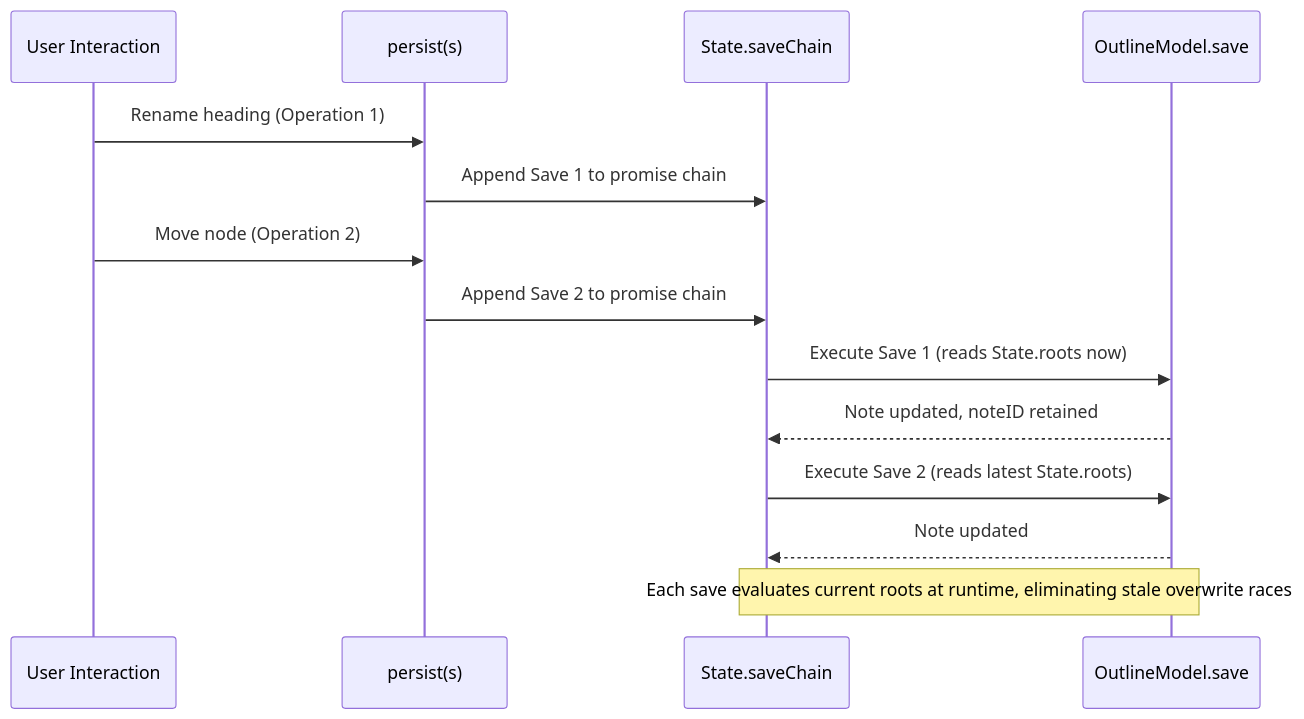
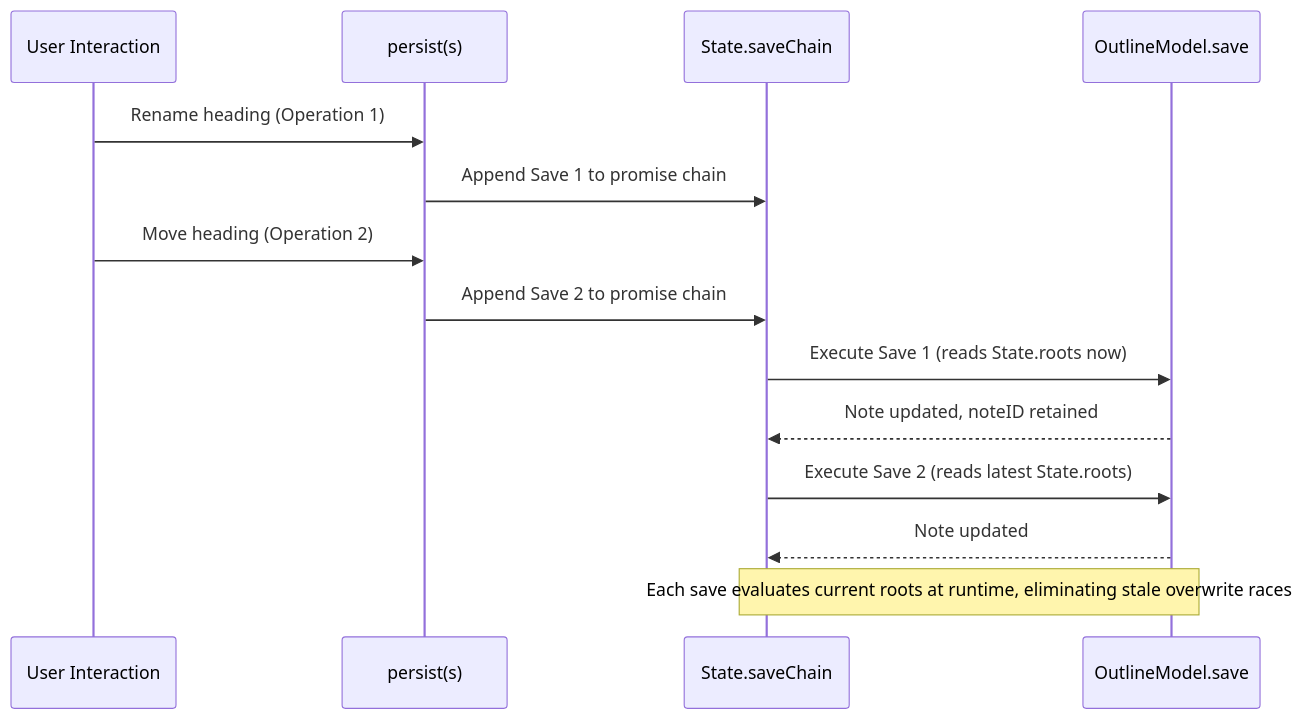
The fourth of 7 diagrams in openwiki/features/organizer.md (justanotherjurastudent/zotero_FlexAnnotate), drawn with Mermaid before and after one commit. The commit also changed other lines of this file and 38 other files, not shown here.

````diff
--- a/openwiki/features/organizer.md
+++ b/openwiki/features/organizer.md
@@ -295,17 +331,17 @@
 ```mermaid
 sequenceDiagram
     participant User as User Interaction
     participant Persist as persist(s)
     participant Chain as State.saveChain
     participant Save as OutlineModel.save
 
     User->>Persist: Rename heading (Operation 1)
     Persist->>Chain: Append Save 1 to promise chain
-    User->>Persist: Move node (Operation 2)
+    User->>Persist: Move heading (Operation 2)
     Persist->>Chain: Append Save 2 to promise chain
     Chain->>Save: Execute Save 1 (reads State.roots now)
     Save-->>Chain: Note updated, noteID retained
     Chain->>Save: Execute Save 2 (reads latest State.roots)
     Save-->>Chain: Note updated
     Note over Chain,Save: Each save evaluates current roots at runtime, eliminating stale overwrite races
 ```
````
